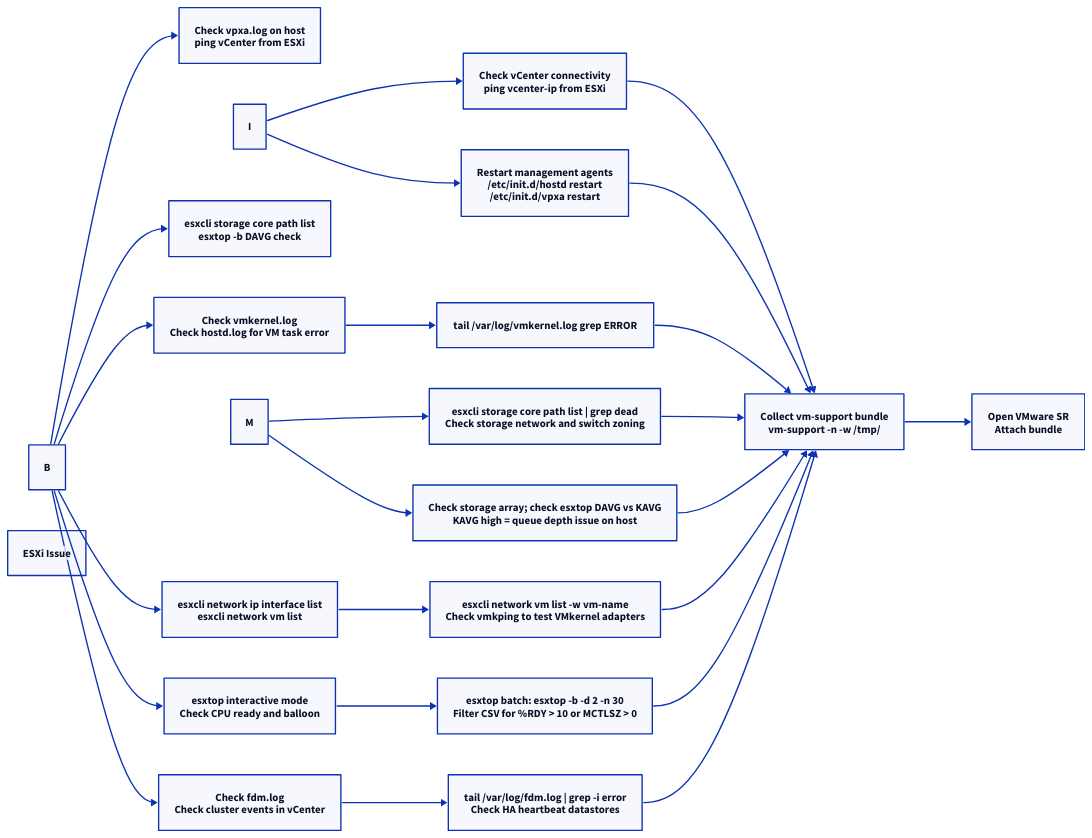
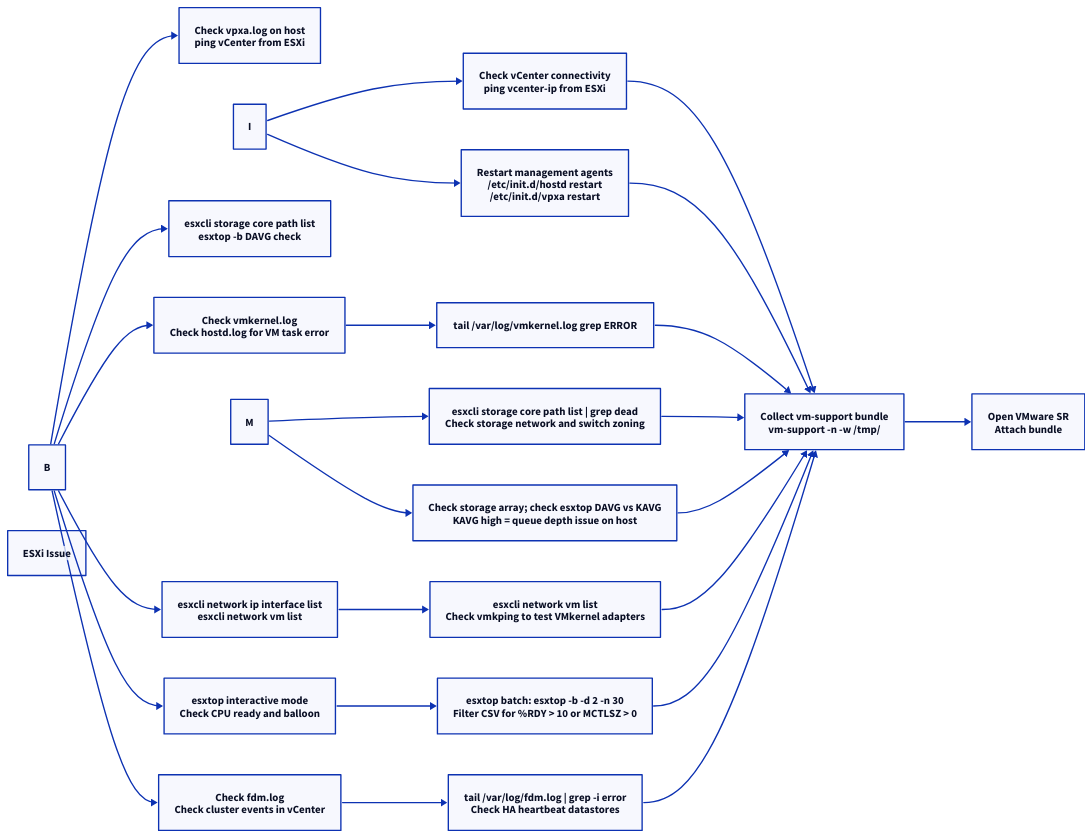
The first of 2 diagrams in docs/virtualization/vmware/products/esxi/troubleshooting/diagnostics.md (canast01/chris-kb), drawn with D2 before and after one commit. The commit also changed other lines of this file and 141 other files, not shown here.

````diff
--- a/docs/virtualization/vmware/products/esxi/troubleshooting/diagnostics.md
+++ b/docs/virtualization/vmware/products/esxi/troubleshooting/diagnostics.md
@@ -20,48 +20,48 @@
 ```d2
 direction: right
 
 B: "B" {shape: rectangle}
 C: "Check vpxa.log on host\nping vCenter from ESXi" {shape: rectangle}
 D: "Check vmkernel.log\nCheck hostd.log for VM task error" {shape: rectangle}
 E: "esxcli storage core path list\nesxtop -b DAVG check" {shape: rectangle}
 F: "esxcli network ip interface list\nesxcli network vm list" {shape: rectangle}
 G: "esxtop interactive mode\nCheck CPU ready and balloon" {shape: rectangle}
 H: "Check fdm.log\nCheck cluster events in vCenter" {shape: rectangle}
 I: "I" {shape: rectangle}
 J: "Check vCenter connectivity\nping vcenter-ip from ESXi" {shape: rectangle}
 K: "Restart management agents\n/etc/init.d/hostd restart\n/etc/init.d/vpxa restart" {shape: rectangle}
 L: "tail /var/log/vmkernel.log  grep ERROR" {shape: rectangle}
 M: "M" {shape: rectangle}
 N: "esxcli storage core path list | grep dead\nCheck storage network and switch zoning" {shape: rectangle}
 O: "Check storage array; check esxtop DAVG vs KAVG\nKAVG high = queue depth issue on host" {shape: rectangle}
-P: "esxcli network vm list -w vm-name\nCheck vmkping to test VMkernel adapters" {shape: rectangle}
+P: "esxcli network vm list\nCheck vmkping to test VMkernel adapters" {shape: rectangle}
 Q: "esxtop batch: esxtop -b -d 2 -n 30\nFilter CSV for %RDY > 10 or MCTLSZ > 0" {shape: rectangle}
 R: "tail /var/log/fdm.log | grep -i error\nCheck HA heartbeat datastores" {shape: rectangle}
 S: "Collect vm-support bundle\nvm-support -n -w /tmp/" {shape: rectangle}
 T: "Open VMware SR\nAttach bundle" {shape: rectangle}
 A: "ESXi Issue" {shape: rectangle}
 
 B -> C
 B -> D
 B -> E
 B -> F
 B -> G
 B -> H
 I -> J
 I -> K
 D -> L
 M -> N
 M -> O
 F -> P
 G -> Q
 H -> R
 J -> S
 K -> S
 L -> S
 N -> S
 O -> S
 P -> S
 Q -> S
 R -> S
 S -> T
 ```
````
